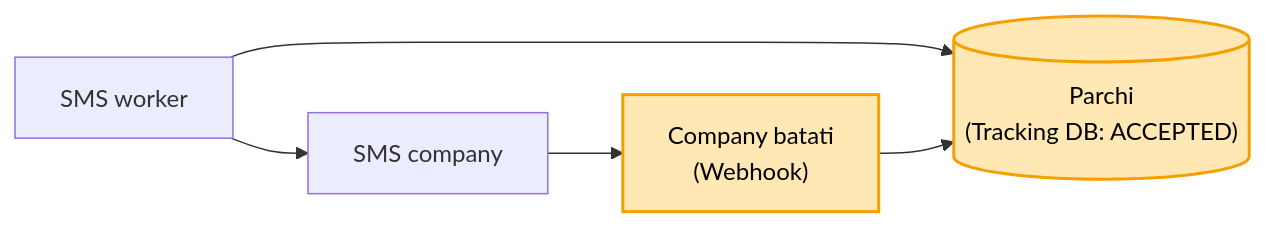
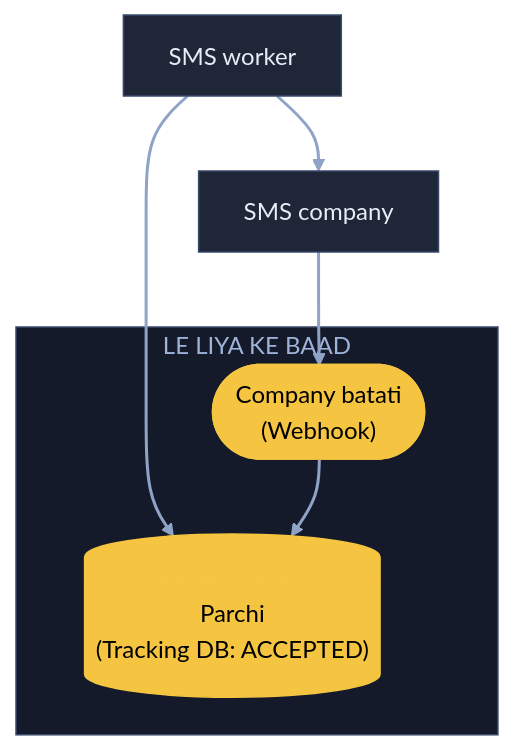
Before and after one commit to ArpanMaheshwari144/Prep: the seventh of 9 diagrams in 04_HLD/SYSTEM_DESIGNS/04_notification_system/04_notification_system.md, drawn with Mermaid. The commit also changed other lines of this file, not shown here.

Commit message:
Notification: 9 diagram YouTube (reel) wale card andaaz me

````diff
--- a/04_HLD/SYSTEM_DESIGNS/04_notification_system/04_notification_system.md
+++ b/04_HLD/SYSTEM_DESIGNS/04_notification_system/04_notification_system.md
@@ -189,9 +265,19 @@
 ```mermaid
-flowchart LR
-    W["SMS worker"] --> C["SMS company"]
-    W --> T[("Parchi<br/>(Tracking DB: ACCEPTED)")]
-    C --> H["Company batati<br/>(Webhook)"]
+flowchart TB
+    W["SMS worker"]:::card
+    C["SMS company"]:::card
+    subgraph LB["LE LIYA KE BAAD"]
+        T[("Parchi<br/>(Tracking DB: ACCEPTED)")]:::pill
+        H(["Company batati<br/>(Webhook)"]):::pill
+    end
+    W --> C
+    W --> T
+    C --> H
     H --> T
-    style T fill:#ffe8b3,stroke:#f59f00,stroke-width:2px,color:#000
-    style H fill:#ffe8b3,stroke:#f59f00,stroke-width:2px,color:#000
+    linkStyle default stroke:#8fa3c7,stroke-width:2px
+    classDef card fill:#1e2638,stroke:#3a4a6b,color:#e8ecf5
+    classDef pill fill:#f5c542,stroke:#f5c542,color:#000
+    classDef good fill:#2e7d4f,stroke:#3fbf6f,color:#fff
+    classDef bad fill:#5c1f24,stroke:#e05561,color:#fff
+    style LB fill:#141a29,stroke:#3a4a6b,color:#9fb3d9
 ```
````
